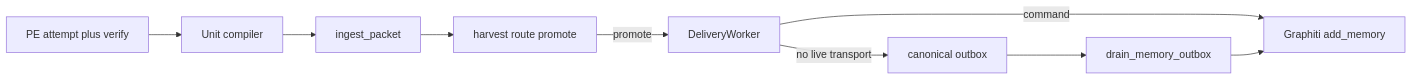
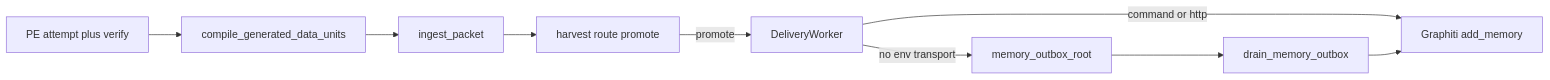
One commit to Quantum-L9/Cursor-Governance changed the diagram in docs/plans/close_sgd_loop_bd6bbbff.plan.md. Above: the diagram before and after it, drawn with Mermaid. The commit also changed other lines of this file, not shown here.

````diff
--- a/docs/plans/close_sgd_loop_bd6bbbff.plan.md
+++ b/docs/plans/close_sgd_loop_bd6bbbff.plan.md
@@ -103,11 +653,11 @@
 ```mermaid
 flowchart LR
-  PE[PE attempt plus verify] --> Comp[Unit compiler]
+  PE[PE attempt plus verify] --> Comp[compile_generated_data_units]
   Comp --> Ing[ingest_packet]
   Ing --> Harv[harvest route promote]
   Harv -->|promote| Del[DeliveryWorker]
-  Del -->|no live transport| Out[canonical outbox]
-  Del -->|command| G[Graphiti add_memory]
+  Del -->|no env transport| Out[memory_outbox_root]
+  Del -->|command or http| G[Graphiti add_memory]
   Out --> Drain[drain_memory_outbox]
   Drain --> G
 ```
````
